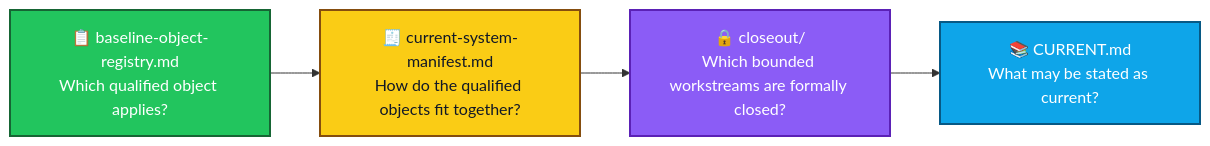
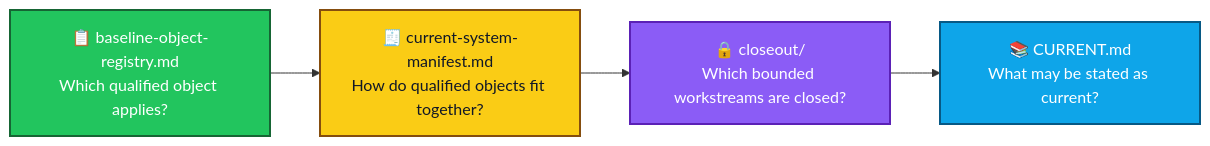
The third of 3 diagrams in acceptance/closeout/README.md (kiddstechnical/ALLIS-Artificial-Learning-and-Location-Intelligence-System), drawn with Mermaid before and after one commit. The commit also changed other lines of this file, not shown here.

First line of the commit message:
Revise closeout documentation and folder structure

````diff
--- a/acceptance/closeout/README.md
+++ b/acceptance/closeout/README.md
@@ -274,14 +342,14 @@
 ```mermaid
 flowchart LR
     A["📋 baseline-object-registry.md<br/>Which qualified object applies?"]:::baseline
-    B["🧾 current-system-manifest.md<br/>How do the qualified objects fit together?"]:::manifest
-    C["🔒 closeout/<br/>Which bounded workstreams are formally closed?"]:::closeout
+    B["🧾 current-system-manifest.md<br/>How do qualified objects fit together?"]:::manifest
+    C["🔒 closeout/<br/>Which bounded workstreams are closed?"]:::closeout
     D["📚 CURRENT.md<br/>What may be stated as current?"]:::current
 
     A --> B --> C --> D
 
     classDef baseline fill:#22c55e,stroke:#166534,color:#ffffff,stroke-width:2px;
     classDef manifest fill:#facc15,stroke:#854d0e,color:#111827,stroke-width:2px;
     classDef closeout fill:#8b5cf6,stroke:#5b21b6,color:#ffffff,stroke-width:2px;
     classDef current fill:#0ea5e9,stroke:#075985,color:#ffffff,stroke-width:2px;
 ```
````
